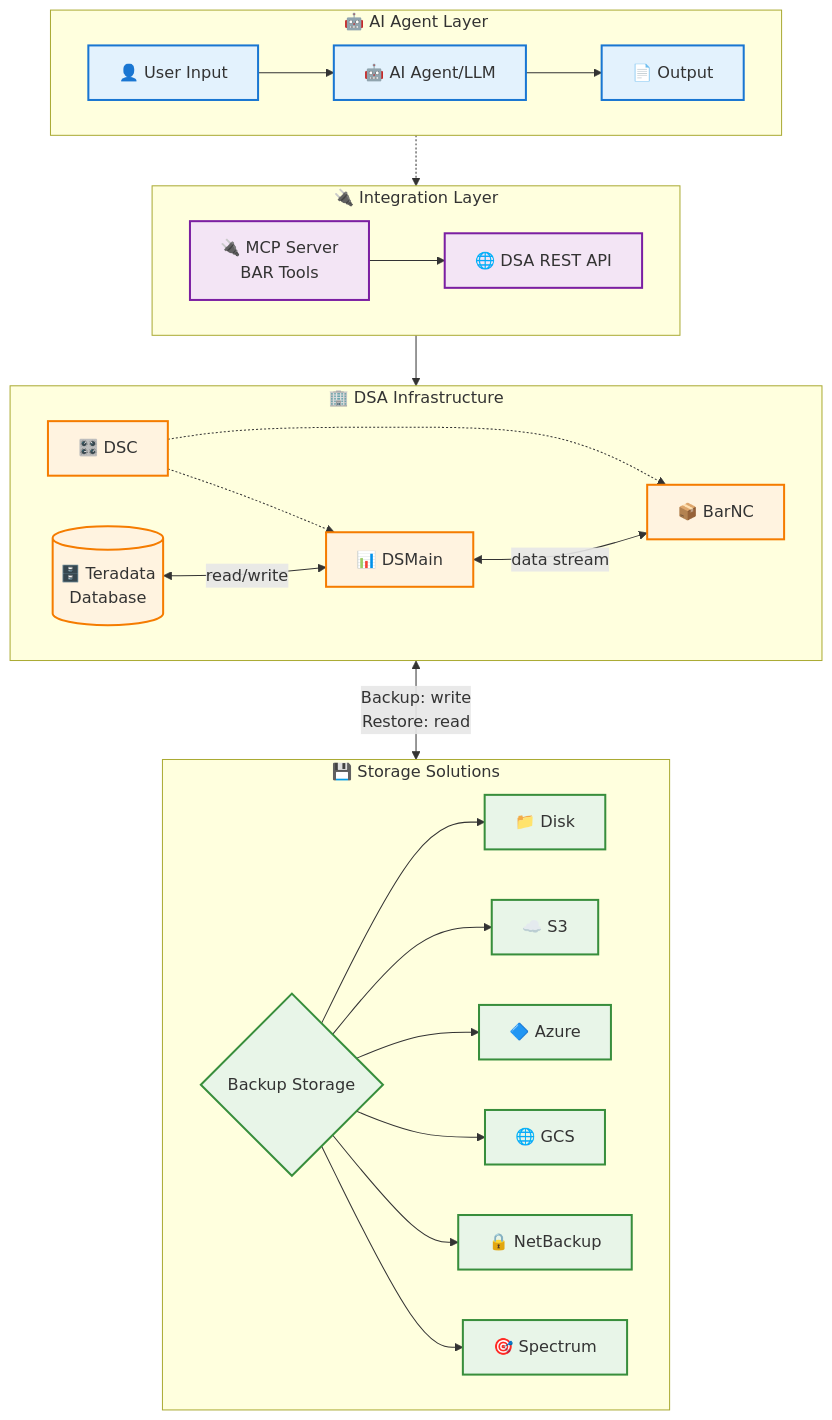
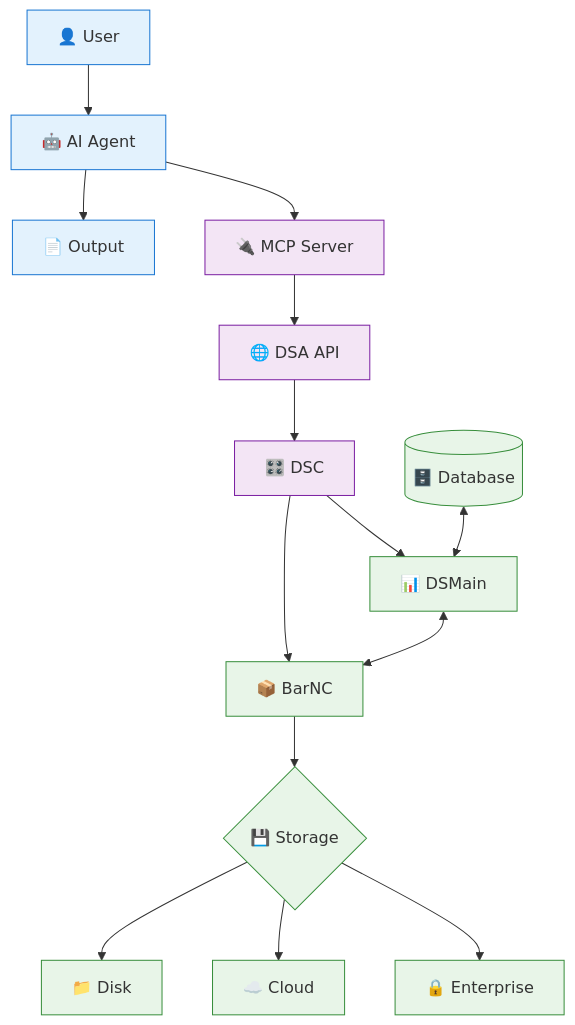
Before and after one commit to Teradata/teradata-mcp-server: the diagram in src/teradata_mcp_server/tools/bar/README.md, drawn with Mermaid. The commit also changed other lines of this file and 1 other file, not shown here.

Commit message:
Enhance BAR tools documentation with DSA architecture diagram
- Add comprehensive AI Agent integration architecture diagram using Mermaid
- Redesign with compact square layout for better visual presentation
- Document prerequisites including Teradata DSA and AI Agent setup
- Add detailed BAR profile configuration examples for profiles.yml
- Create comprehensive tool inventory with 16 available functions
- Improve tool naming conventions (remove redundant 'Operations' suffix)
- Enhance main README with detailed BAR tools description
- Add navigation links between documentation sections
- Include support for multiple storage backends: disk, AWS S3, Azure Blob, Google Cloud, NetBackup, IBM Spectrum

````diff
--- a/src/teradata_mcp_server/tools/bar/README.md
+++ b/src/teradata_mcp_server/tools/bar/README.md
@@ -5,50 +5,33 @@
 ```mermaid
-flowchart TB
-    %% AI Agent Layer (Top)
-    subgraph AI_Layer ["🤖 AI Agent Layer"]
-        direction LR
-        User[👤 User Input] --> LLM[🤖 AI Agent/LLM] --> Output[📄 Output]
-    end
+flowchart TD
+    %% AI Agent Layer
+    User[👤 User] --> LLM[🤖 AI Agent] --> Output[📄 Output]
     
-    %% Integration Layer
-    subgraph Integration_Layer ["🔌 Integration Layer"]
-        direction LR
-        MCP[🔌 MCP Server<br/>BAR Tools] --> API[🌐 DSA REST API]
-    end
+    %% MCP Integration
+    LLM --> MCP[🔌 MCP Server]
+    MCP --> API[🌐 DSA API]
+    API --> DSC[🎛️ DSC]
     
-    %% Infrastructure Layer
-    subgraph DSA_Infrastructure ["🏢 DSA Infrastructure"]
-        direction LR
-        DSC[🎛️ DSC] -.-> DSMain[📊 DSMain]
-        DSC -.-> BarNC[📦 BarNC]
-        DB[(🗄️ Teradata<br/>Database)] <-->|read/write| DSMain
-        DSMain <-->|data stream| BarNC
-    end
+    %% DSA Infrastructure
+    DSC --> DSMain[📊 DSMain]
+    DSC --> BarNC[📦 BarNC]
     
-    %% Storage Layer
-    subgraph Storage_Solutions ["💾 Storage Solutions"]
-        direction LR
-        Storage{Backup Storage} --> Disk[📁 Disk]
-        Storage --> S3[☁️ S3]
-        Storage --> Azure[🔷 Azure]
-        Storage --> GCS[🌐 GCS]
-        Storage --> NetBackup[🔒 NetBackup]
-        Storage --> Spectrum[🎯 Spectrum]
-    end
+    %% Data Flow
+    DB[(🗄️ Database)] <--> DSMain
+    DSMain <--> BarNC
+    BarNC --> Storage{💾 Storage}
     
-    %% Vertical Flow Between Layers
-    LLM -.-> MCP
-    API --> DSC
-    BarNC <-->|Backup: write<br/>Restore: read| Storage
+    %% Storage Options
+    Storage --> Disk[📁 Disk]
+    Storage --> Cloud[☁️ Cloud]
+    Storage --> Enterprise[🔒 Enterprise]
     
     %% Styling
-    classDef userStyle fill:#e3f2fd,stroke:#1976d2,stroke-width:2px
-    classDef integrationStyle fill:#f3e5f5,stroke:#7b1fa2,stroke-width:2px
-    classDef infraStyle fill:#fff3e0,stroke:#f57c00,stroke-width:2px
-    classDef storageStyle fill:#e8f5e8,stroke:#388e3c,stroke-width:2px
+    classDef primary fill:#e3f2fd,stroke:#1976d2
+    classDef secondary fill:#f3e5f5,stroke:#7b1fa2
+    classDef storage fill:#e8f5e8,stroke:#388e3c
     
-    class User,LLM,Output userStyle
-    class MCP,API integrationStyle
-    class DSC,DSMain,BarNC,DB infraStyle
-    class Storage,Disk,S3,Azure,GCS,NetBackup,Spectrum storageStyle
+    class User,LLM,Output primary
+    class MCP,API,DSC secondary
+    class DSMain,BarNC,DB,Storage,Disk,Cloud,Enterprise storage
 ```
````
